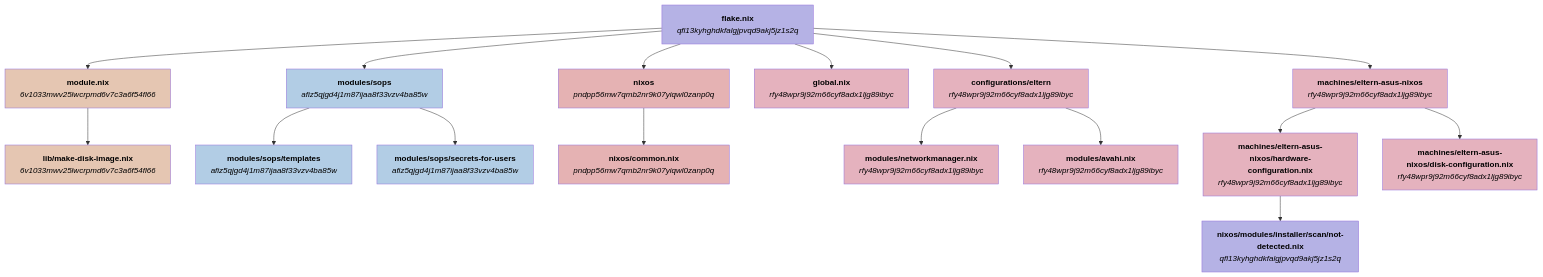
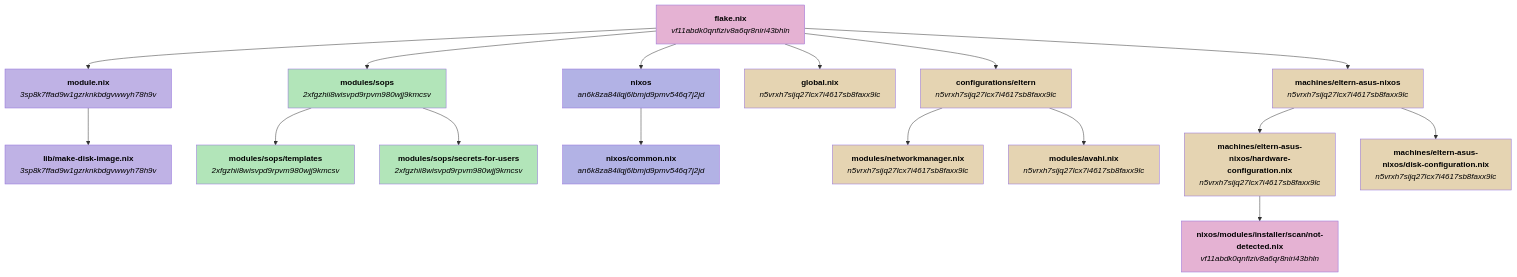
The first of 6 diagrams in GRAPHS.md (welles/nixos-config), drawn with Mermaid before and after one commit. The commit also changed other lines of this file, not shown here.

Commit message:
Update configuration graphs file

````diff
--- a/GRAPHS.md
+++ b/GRAPHS.md
@@ -5,82 +5,82 @@
 ```mermaid
 flowchart TD
-    nqfl13kyhghdkfalgjpvqd9akj5jz1s2q_flake_nix["`**flake.nix**
+    nvf11abdk0qnfiziv8a6qr8niri43bhln_flake_nix["`**flake.nix**
 
-_qfl13kyhghdkfalgjpvqd9akj5jz1s2q_`"]
-    n6v1033mwv25lwcrpmd6v7c3a6f54fl66_module_nix["`**module.nix**
+_vf11abdk0qnfiziv8a6qr8niri43bhln_`"]
+    n3sp8k7ffad9w1gzrknkbdgvwwyh78h9v_module_nix["`**module.nix**
 
-_6v1033mwv25lwcrpmd6v7c3a6f54fl66_`"]
-    n6v1033mwv25lwcrpmd6v7c3a6f54fl66_lib_make_disk_image_nix["`**lib/make-disk-image.nix**
+_3sp8k7ffad9w1gzrknkbdgvwwyh78h9v_`"]
+    n3sp8k7ffad9w1gzrknkbdgvwwyh78h9v_lib_make_disk_image_nix["`**lib/make-disk-image.nix**
 
-_6v1033mwv25lwcrpmd6v7c3a6f54fl66_`"]
-    nafiz5qjgd4j1m87ijaa8f33vzv4ba85w_modules_sops["`**modules/sops**
+_3sp8k7ffad9w1gzrknkbdgvwwyh78h9v_`"]
+    n2xfgzhii8wisvpd9rpvm980wjj9kmcsv_modules_sops["`**modules/sops**
 
-_afiz5qjgd4j1m87ijaa8f33vzv4ba85w_`"]
-    nafiz5qjgd4j1m87ijaa8f33vzv4ba85w_modules_sops_templates["`**modules/sops/templates**
+_2xfgzhii8wisvpd9rpvm980wjj9kmcsv_`"]
+    n2xfgzhii8wisvpd9rpvm980wjj9kmcsv_modules_sops_templates["`**modules/sops/templates**
 
-_afiz5qjgd4j1m87ijaa8f33vzv4ba85w_`"]
-    nafiz5qjgd4j1m87ijaa8f33vzv4ba85w_modules_sops_secrets_for_users["`**modules/sops/secrets-for-users**
+_2xfgzhii8wisvpd9rpvm980wjj9kmcsv_`"]
+    n2xfgzhii8wisvpd9rpvm980wjj9kmcsv_modules_sops_secrets_for_users["`**modules/sops/secrets-for-users**
 
-_afiz5qjgd4j1m87ijaa8f33vzv4ba85w_`"]
-    npndpp56mw7qmb2nr9k07yiqwl0zanp0q_nixos["`**nixos**
+_2xfgzhii8wisvpd9rpvm980wjj9kmcsv_`"]
+    nan6k8za84ilqj6lbmjd9pmv546q7j2jd_nixos["`**nixos**
 
-_pndpp56mw7qmb2nr9k07yiqwl0zanp0q_`"]
-    npndpp56mw7qmb2nr9k07yiqwl0zanp0q_nixos_common_nix["`**nixos/common.nix**
+_an6k8za84ilqj6lbmjd9pmv546q7j2jd_`"]
+    nan6k8za84ilqj6lbmjd9pmv546q7j2jd_nixos_common_nix["`**nixos/common.nix**
 
-_pndpp56mw7qmb2nr9k07yiqwl0zanp0q_`"]
-    nrfy48wpr9j92m66cyf8adx1ljg89ibyc_global_nix["`**global.nix**
+_an6k8za84ilqj6lbmjd9pmv546q7j2jd_`"]
+    nn5vrxh7sijq27lcx7i4617sb8faxx9lc_global_nix["`**global.nix**
 
-_rfy48wpr9j92m66cyf8adx1ljg89ibyc_`"]
-    nrfy48wpr9j92m66cyf8adx1ljg89ibyc_configurations_eltern["`**configurations/eltern**
+_n5vrxh7sijq27lcx7i4617sb8faxx9lc_`"]
+    nn5vrxh7sijq27lcx7i4617sb8faxx9lc_configurations_eltern["`**configurations/eltern**
 
-_rfy48wpr9j92m66cyf8adx1ljg89ibyc_`"]
-    nrfy48wpr9j92m66cyf8adx1ljg89ibyc_modules_networkmanager_nix["`**modules/networkmanager.nix**
+_n5vrxh7sijq27lcx7i4617sb8faxx9lc_`"]
+    nn5vrxh7sijq27lcx7i4617sb8faxx9lc_modules_networkmanager_nix["`**modules/networkmanager.nix**
 
-_rfy48wpr9j92m66cyf8adx1ljg89ibyc_`"]
-    nrfy48wpr9j92m66cyf8adx1ljg89ibyc_modules_avahi_nix["`**modules/avahi.nix**
+_n5vrxh7sijq27lcx7i4617sb8faxx9lc_`"]
+    nn5vrxh7sijq27lcx7i4617sb8faxx9lc_modules_avahi_nix["`**modules/avahi.nix**
 
-_rfy48wpr9j92m66cyf8adx1ljg89ibyc_`"]
-    nrfy48wpr9j92m66cyf8adx1ljg89ibyc_machines_eltern_asus_nixos["`**machines/eltern-asus-nixos**
+_n5vrxh7sijq27lcx7i4617sb8faxx9lc_`"]
+    nn5vrxh7sijq27lcx7i4617sb8faxx9lc_machines_eltern_asus_nixos["`**machines/eltern-asus-nixos**
 
-_rfy48wpr9j92m66cyf8adx1ljg89ibyc_`"]
-    nrfy48wpr9j92m66cyf8adx1ljg89ibyc_machines_eltern_asus_nixos_hardware_configuration_nix["`**machines/eltern-asus-nixos/hardware-configuration.nix**
+_n5vrxh7sijq27lcx7i4617sb8faxx9lc_`"]
+    nn5vrxh7sijq27lcx7i4617sb8faxx9lc_machines_eltern_asus_nixos_hardware_configuration_nix["`**machines/eltern-asus-nixos/hardware-configuration.nix**
 
-_rfy48wpr9j92m66cyf8adx1ljg89ibyc_`"]
-    nqfl13kyhghdkfalgjpvqd9akj5jz1s2q_nixos_modules_installer_scan_not_detected_nix["`**nixos/modules/installer/scan/not-detected.nix**
+_n5vrxh7sijq27lcx7i4617sb8faxx9lc_`"]
+    nvf11abdk0qnfiziv8a6qr8niri43bhln_nixos_modules_installer_scan_not_detected_nix["`**nixos/modules/installer/scan/not-detected.nix**
 
-_qfl13kyhghdkfalgjpvqd9akj5jz1s2q_`"]
-    nrfy48wpr9j92m66cyf8adx1ljg89ibyc_machines_eltern_asus_nixos_disk_configuration_nix["`**machines/eltern-asus-nixos/disk-configuration.nix**
+_vf11abdk0qnfiziv8a6qr8niri43bhln_`"]
+    nn5vrxh7sijq27lcx7i4617sb8faxx9lc_machines_eltern_asus_nixos_disk_configuration_nix["`**machines/eltern-asus-nixos/disk-configuration.nix**
 
-_rfy48wpr9j92m66cyf8adx1ljg89ibyc_`"]
-    nqfl13kyhghdkfalgjpvqd9akj5jz1s2q_flake_nix --> n6v1033mwv25lwcrpmd6v7c3a6f54fl66_module_nix
-    nqfl13kyhghdkfalgjpvqd9akj5jz1s2q_flake_nix --> nafiz5qjgd4j1m87ijaa8f33vzv4ba85w_modules_sops
-    nqfl13kyhghdkfalgjpvqd9akj5jz1s2q_flake_nix --> npndpp56mw7qmb2nr9k07yiqwl0zanp0q_nixos
-    nqfl13kyhghdkfalgjpvqd9akj5jz1s2q_flake_nix --> nrfy48wpr9j92m66cyf8adx1ljg89ibyc_global_nix
-    nqfl13kyhghdkfalgjpvqd9akj5jz1s2q_flake_nix --> nrfy48wpr9j92m66cyf8adx1ljg89ibyc_configurations_eltern
-    nqfl13kyhghdkfalgjpvqd9akj5jz1s2q_flake_nix --> nrfy48wpr9j92m66cyf8adx1ljg89ibyc_machines_eltern_asus_nixos
-    n6v1033mwv25lwcrpmd6v7c3a6f54fl66_module_nix --> n6v1033mwv25lwcrpmd6v7c3a6f54fl66_lib_make_disk_image_nix
-    nafiz5qjgd4j1m87ijaa8f33vzv4ba85w_modules_sops --> nafiz5qjgd4j1m87ijaa8f33vzv4ba85w_modules_sops_templates
-    nafiz5qjgd4j1m87ijaa8f33vzv4ba85w_modules_sops --> nafiz5qjgd4j1m87ijaa8f33vzv4ba85w_modules_sops_secrets_for_users
-    npndpp56mw7qmb2nr9k07yiqwl0zanp0q_nixos --> npndpp56mw7qmb2nr9k07yiqwl0zanp0q_nixos_common_nix
-    nrfy48wpr9j92m66cyf8adx1ljg89ibyc_configurations_eltern --> nrfy48wpr9j92m66cyf8adx1ljg89ibyc_modules_networkmanager_nix
-    nrfy48wpr9j92m66cyf8adx1ljg89ibyc_configurations_eltern --> nrfy48wpr9j92m66cyf8adx1ljg89ibyc_modules_avahi_nix
-    nrfy48wpr9j92m66cyf8adx1ljg89ibyc_machines_eltern_asus_nixos --> nrfy48wpr9j92m66cyf8adx1ljg89ibyc_machines_eltern_asus_nixos_hardware_configuration_nix
-    nrfy48wpr9j92m66cyf8adx1ljg89ibyc_machines_eltern_asus_nixos --> nrfy48wpr9j92m66cyf8adx1ljg89ibyc_machines_eltern_asus_nixos_disk_configuration_nix
-    nrfy48wpr9j92m66cyf8adx1ljg89ibyc_machines_eltern_asus_nixos_hardware_configuration_nix --> nqfl13kyhghdkfalgjpvqd9akj5jz1s2q_nixos_modules_installer_scan_not_detected_nix
-    style nqfl13kyhghdkfalgjpvqd9akj5jz1s2q_flake_nix fill:#b5b2e5,color:#000000
-    style n6v1033mwv25lwcrpmd6v7c3a6f54fl66_module_nix fill:#e5c6b2,color:#000000
-    style n6v1033mwv25lwcrpmd6v7c3a6f54fl66_lib_make_disk_image_nix fill:#e5c6b2,color:#000000
-    style nafiz5qjgd4j1m87ijaa8f33vzv4ba85w_modules_sops fill:#b2cde5,color:#000000
-    style nafiz5qjgd4j1m87ijaa8f33vzv4ba85w_modules_sops_templates fill:#b2cde5,color:#000000
-    style nafiz5qjgd4j1m87ijaa8f33vzv4ba85w_modules_sops_secrets_for_users fill:#b2cde5,color:#000000
-    style npndpp56mw7qmb2nr9k07yiqwl0zanp0q_nixos fill:#e5b2b3,color:#000000
-    style npndpp56mw7qmb2nr9k07yiqwl0zanp0q_nixos_common_nix fill:#e5b2b3,color:#000000
-    style nrfy48wpr9j92m66cyf8adx1ljg89ibyc_global_nix fill:#e5b2be,color:#000000
-    style nrfy48wpr9j92m66cyf8adx1ljg89ibyc_configurations_eltern fill:#e5b2be,color:#000000
-    style nrfy48wpr9j92m66cyf8adx1ljg89ibyc_modules_networkmanager_nix fill:#e5b2be,color:#000000
-    style nrfy48wpr9j92m66cyf8adx1ljg89ibyc_modules_avahi_nix fill:#e5b2be,color:#000000
-    style nrfy48wpr9j92m66cyf8adx1ljg89ibyc_machines_eltern_asus_nixos fill:#e5b2be,color:#000000
-    style nrfy48wpr9j92m66cyf8adx1ljg89ibyc_machines_eltern_asus_nixos_hardware_configuration_nix fill:#e5b2be,color:#000000
-    style nqfl13kyhghdkfalgjpvqd9akj5jz1s2q_nixos_modules_installer_scan_not_detected_nix fill:#b5b2e5,color:#000000
-    style nrfy48wpr9j92m66cyf8adx1ljg89ibyc_machines_eltern_asus_nixos_disk_configuration_nix fill:#e5b2be,color:#000000
+_n5vrxh7sijq27lcx7i4617sb8faxx9lc_`"]
+    nvf11abdk0qnfiziv8a6qr8niri43bhln_flake_nix --> n3sp8k7ffad9w1gzrknkbdgvwwyh78h9v_module_nix
+    nvf11abdk0qnfiziv8a6qr8niri43bhln_flake_nix --> n2xfgzhii8wisvpd9rpvm980wjj9kmcsv_modules_sops
+    nvf11abdk0qnfiziv8a6qr8niri43bhln_flake_nix --> nan6k8za84ilqj6lbmjd9pmv546q7j2jd_nixos
+    nvf11abdk0qnfiziv8a6qr8niri43bhln_flake_nix --> nn5vrxh7sijq27lcx7i4617sb8faxx9lc_global_nix
+    nvf11abdk0qnfiziv8a6qr8niri43bhln_flake_nix --> nn5vrxh7sijq27lcx7i4617sb8faxx9lc_configurations_eltern
+    nvf11abdk0qnfiziv8a6qr8niri43bhln_flake_nix --> nn5vrxh7sijq27lcx7i4617sb8faxx9lc_machines_eltern_asus_nixos
+    n3sp8k7ffad9w1gzrknkbdgvwwyh78h9v_module_nix --> n3sp8k7ffad9w1gzrknkbdgvwwyh78h9v_lib_make_disk_image_nix
+    n2xfgzhii8wisvpd9rpvm980wjj9kmcsv_modules_sops --> n2xfgzhii8wisvpd9rpvm980wjj9kmcsv_modules_sops_templates
+    n2xfgzhii8wisvpd9rpvm980wjj9kmcsv_modules_sops --> n2xfgzhii8wisvpd9rpvm980wjj9kmcsv_modules_sops_secrets_for_users
+    nan6k8za84ilqj6lbmjd9pmv546q7j2jd_nixos --> nan6k8za84ilqj6lbmjd9pmv546q7j2jd_nixos_common_nix
+    nn5vrxh7sijq27lcx7i4617sb8faxx9lc_configurations_eltern --> nn5vrxh7sijq27lcx7i4617sb8faxx9lc_modules_networkmanager_nix
+    nn5vrxh7sijq27lcx7i4617sb8faxx9lc_configurations_eltern --> nn5vrxh7sijq27lcx7i4617sb8faxx9lc_modules_avahi_nix
+    nn5vrxh7sijq27lcx7i4617sb8faxx9lc_machines_eltern_asus_nixos --> nn5vrxh7sijq27lcx7i4617sb8faxx9lc_machines_eltern_asus_nixos_hardware_configuration_nix
+    nn5vrxh7sijq27lcx7i4617sb8faxx9lc_machines_eltern_asus_nixos --> nn5vrxh7sijq27lcx7i4617sb8faxx9lc_machines_eltern_asus_nixos_disk_configuration_nix
+    nn5vrxh7sijq27lcx7i4617sb8faxx9lc_machines_eltern_asus_nixos_hardware_configuration_nix --> nvf11abdk0qnfiziv8a6qr8niri43bhln_nixos_modules_installer_scan_not_detected_nix
+    style nvf11abdk0qnfiziv8a6qr8niri43bhln_flake_nix fill:#e5b2d3,color:#000000
+    style n3sp8k7ffad9w1gzrknkbdgvwwyh78h9v_module_nix fill:#bfb2e5,color:#000000
+    style n3sp8k7ffad9w1gzrknkbdgvwwyh78h9v_lib_make_disk_image_nix fill:#bfb2e5,color:#000000
+    style n2xfgzhii8wisvpd9rpvm980wjj9kmcsv_modules_sops fill:#b2e5b9,color:#000000
+    style n2xfgzhii8wisvpd9rpvm980wjj9kmcsv_modules_sops_templates fill:#b2e5b9,color:#000000
+    style n2xfgzhii8wisvpd9rpvm980wjj9kmcsv_modules_sops_secrets_for_users fill:#b2e5b9,color:#000000
+    style nan6k8za84ilqj6lbmjd9pmv546q7j2jd_nixos fill:#b2b2e5,color:#000000
+    style nan6k8za84ilqj6lbmjd9pmv546q7j2jd_nixos_common_nix fill:#b2b2e5,color:#000000
+    style nn5vrxh7sijq27lcx7i4617sb8faxx9lc_global_nix fill:#e5d4b2,color:#000000
+    style nn5vrxh7sijq27lcx7i4617sb8faxx9lc_configurations_eltern fill:#e5d4b2,color:#000000
+    style nn5vrxh7sijq27lcx7i4617sb8faxx9lc_modules_networkmanager_nix fill:#e5d4b2,color:#000000
+    style nn5vrxh7sijq27lcx7i4617sb8faxx9lc_modules_avahi_nix fill:#e5d4b2,color:#000000
+    style nn5vrxh7sijq27lcx7i4617sb8faxx9lc_machines_eltern_asus_nixos fill:#e5d4b2,color:#000000
+    style nn5vrxh7sijq27lcx7i4617sb8faxx9lc_machines_eltern_asus_nixos_hardware_configuration_nix fill:#e5d4b2,color:#000000
+    style nvf11abdk0qnfiziv8a6qr8niri43bhln_nixos_modules_installer_scan_not_detected_nix fill:#e5b2d3,color:#000000
+    style nn5vrxh7sijq27lcx7i4617sb8faxx9lc_machines_eltern_asus_nixos_disk_configuration_nix fill:#e5d4b2,color:#000000
 ```
````
